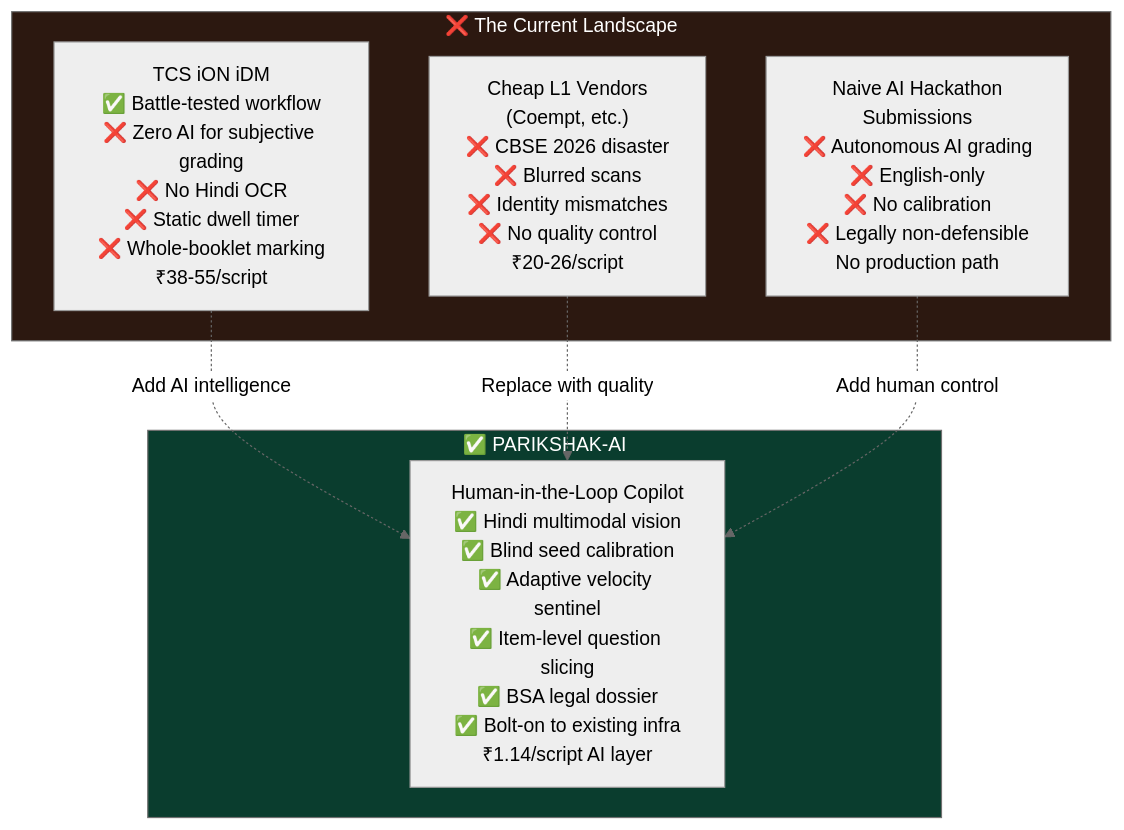
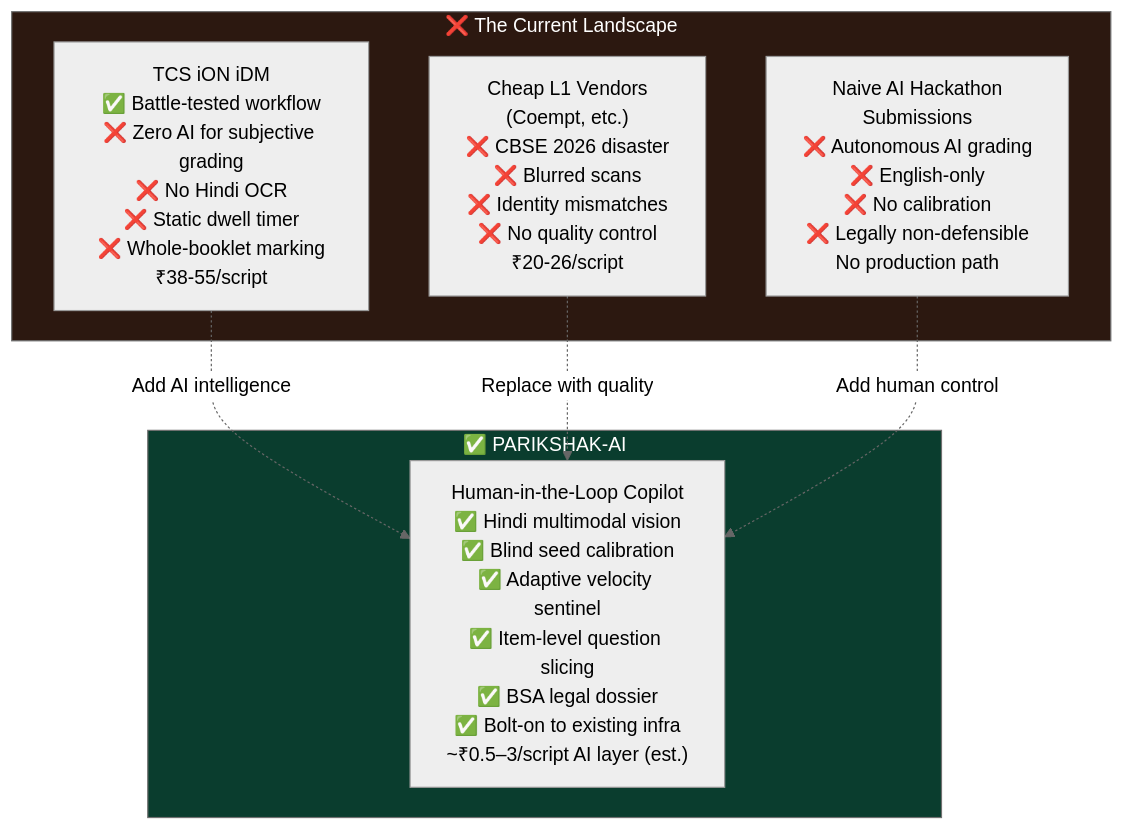
Before and after one commit to nishchaydev/Mphack: the fourth of 6 diagrams in PRESENTATION_CONTENT.md, drawn with Mermaid (neutral theme). The commit also changed other lines of this file and 69 other files, not shown here.

````diff
--- a/PRESENTATION_CONTENT.md
+++ b/PRESENTATION_CONTENT.md
@@ -297,19 +298,19 @@
 ```mermaid
 flowchart TB
     subgraph PROBLEM["❌ The Current Landscape"]
         A["TCS iON iDM<br/>✅ Battle-tested workflow<br/>❌ Zero AI for subjective grading<br/>❌ No Hindi OCR<br/>❌ Static dwell timer<br/>❌ Whole-booklet marking<br/>₹38-55/script"]
         B["Cheap L1 Vendors<br/>(Coempt, etc.)<br/>❌ CBSE 2026 disaster<br/>❌ Blurred scans<br/>❌ Identity mismatches<br/>❌ No quality control<br/>₹20-26/script"]
         C["Naive AI Hackathon<br/>Submissions<br/>❌ Autonomous AI grading<br/>❌ English-only<br/>❌ No calibration<br/>❌ Legally non-defensible<br/>No production path"]
     end
 
     subgraph SOLUTION["✅ PARIKSHAK-AI"]
-        D["Human-in-the-Loop Copilot<br/>✅ Hindi multimodal vision<br/>✅ Blind seed calibration<br/>✅ Adaptive velocity sentinel<br/>✅ Item-level question slicing<br/>✅ BSA legal dossier<br/>✅ Bolt-on to existing infra<br/>₹1.14/script AI layer"]
+        D["Human-in-the-Loop Copilot<br/>✅ Hindi multimodal vision<br/>✅ Blind seed calibration<br/>✅ Adaptive velocity sentinel<br/>✅ Item-level question slicing<br/>✅ BSA legal dossier<br/>✅ Bolt-on to existing infra<br/>~₹0.5–3/script AI layer (est.)"]
     end
 
     A -.->|"Add AI intelligence"| D
     B -.->|"Replace with quality"| D
     C -.->|"Add human control"| D
 
     style PROBLEM fill:#2c1810,color:#fff
     style SOLUTION fill:#0a3d2e,color:#fff
 ```
````
